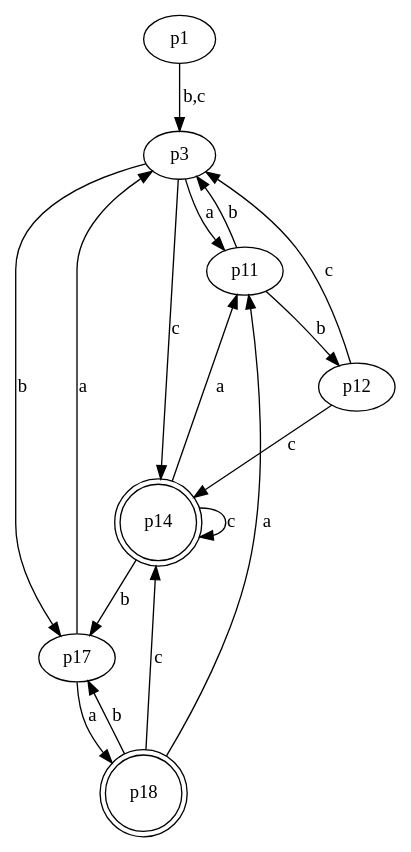
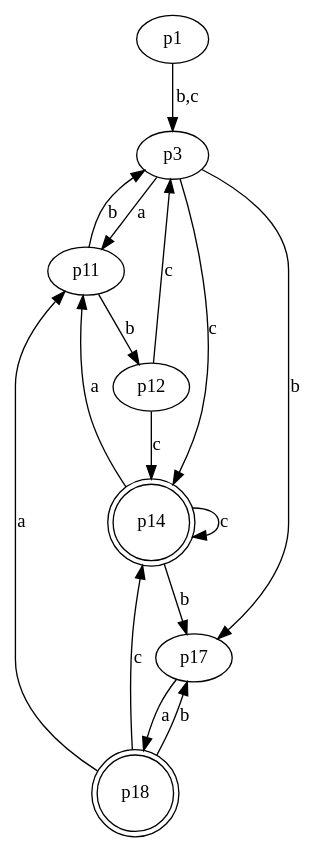
The diagram in Task3/3_4(del).gv (NRU-MPEI-IMAI/git-Edmelissa), drawn with Graphviz before and after one commit.

```diff
--- a/Task3/3_4(del).gv
+++ b/Task3/3_4(del).gv
@@ -1,33 +1,32 @@
 digraph G 
 {
     n1 [label = p1]
     n3 [label = p3]
     n11 [label = p11]
     n12 [label = p12]
     n14 [label = p14, shape = doublecircle]
     n17 [label = p17]
     n18 [label = p18, shape = doublecircle]
 	
     n1 -> n3 [label = "b,c"]
     
     n3 -> n11 [label = "a"]
     n3 -> n17 [label = "b"]
     n3 -> n14 [label = "c"]
     
     n11 -> n3  [label = "b"]
     n11 -> n12  [label = "b"]
     
     n12 -> n3 [label = "c"]
     n12 -> n14 [label = "c"]
     
     n14 -> n14  [label = "c"]
     n14 -> n11 [label = "a"]
     n14 -> n17 [label = "b"]
     
-    n17 -> n3  [label = "a"]
     n17 -> n18 [label = "a"]
     
     n18 -> n17  [label = "b"]
     n18 -> n11 [label = "a"]
     n18 -> n14  [label = "c"]
 }
```
